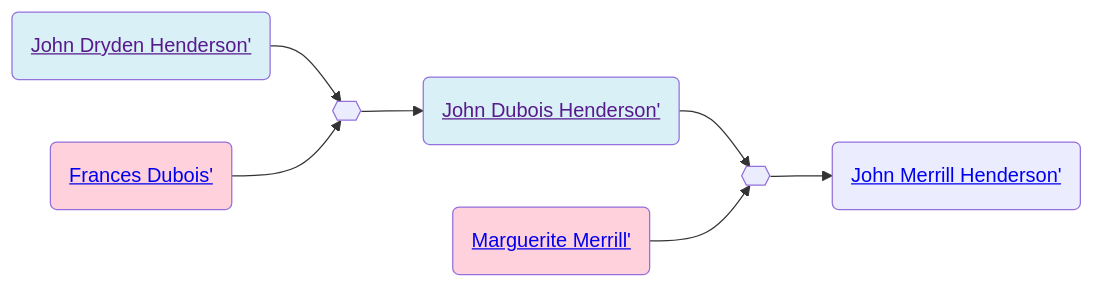
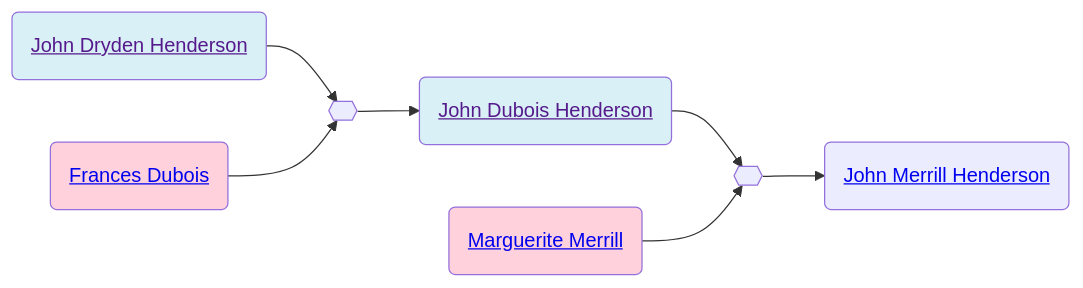
Before and after one commit to neelsmith/avocational: the second of 2 diagrams in familyhistory/sources/people/Henderson-line/John_Dryden_Henderson.qmd, drawn with Mermaid. The commit also changed other lines of this file and 96 other files, not shown here.

````diff
--- a/familyhistory/sources/people/Henderson-line/John_Dryden_Henderson.qmd
+++ b/familyhistory/sources/people/Henderson-line/John_Dryden_Henderson.qmd
@@ -59,20 +59,20 @@
 ```{mermaid}
 graph LR
 %% LR descendant diagram
 class John_Dryden_Henderson_and_Frances_Dubois marriage
-John_Dryden_Henderson(<a href=''>John Dryden Henderson'</>) --> John_Dryden_Henderson_and_Frances_Dubois{{ }}
-Frances_Dubois(<a href='./Dubois-line/Frances_Dubois.html'>Frances Dubois'</>) --> John_Dryden_Henderson_and_Frances_Dubois{{ }}
+John_Dryden_Henderson(<a href=''>John Dryden Henderson</a>) --> John_Dryden_Henderson_and_Frances_Dubois{{ }}
+Frances_Dubois(<a href='./Dubois-line/Frances_Dubois.html'>Frances Dubois</a>) --> John_Dryden_Henderson_and_Frances_Dubois{{ }}
 class John_Dryden_Henderson father
 class Frances_Dubois mother
-John_Dryden_Henderson_and_Frances_Dubois{{ }} --> John_Dubois_Henderson(<a href='./John_Dubois_Henderson.html'>John Dubois Henderson'</>)
+John_Dryden_Henderson_and_Frances_Dubois{{ }} --> John_Dubois_Henderson(<a href='./John_Dubois_Henderson.html'>John Dubois Henderson</a>)
 class John_Dubois_Henderson_and_Marguerite_Merrill marriage
-John_Dubois_Henderson(<a href=''>John Dubois Henderson'</>) --> John_Dubois_Henderson_and_Marguerite_Merrill{{ }}
-Marguerite_Merrill(<a href='./../Merrill-line/Marguerite_Merrill.html'>Marguerite Merrill'</>) --> John_Dubois_Henderson_and_Marguerite_Merrill{{ }}
+John_Dubois_Henderson(<a href=''>John Dubois Henderson</a>) --> John_Dubois_Henderson_and_Marguerite_Merrill{{ }}
+Marguerite_Merrill(<a href='./../Merrill-line/Marguerite_Merrill.html'>Marguerite Merrill</a>) --> John_Dubois_Henderson_and_Marguerite_Merrill{{ }}
 class John_Dubois_Henderson father
 class Marguerite_Merrill mother
-John_Dubois_Henderson_and_Marguerite_Merrill{{ }} --> John_Merrill_Henderson(<a href='./John_Merrill_Henderson.html'>John Merrill Henderson'</>)
+John_Dubois_Henderson_and_Marguerite_Merrill{{ }} --> John_Merrill_Henderson(<a href='./John_Merrill_Henderson.html'>John Merrill Henderson</a>)
 classDef mother fill:#ffd1dc
 classDef father fill:#daf0f7  
 classDef marriage fill:#ffffff
 
 ```
````
